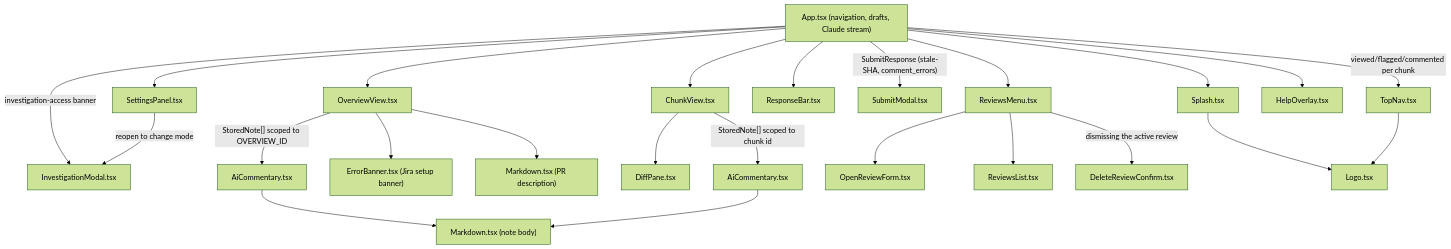
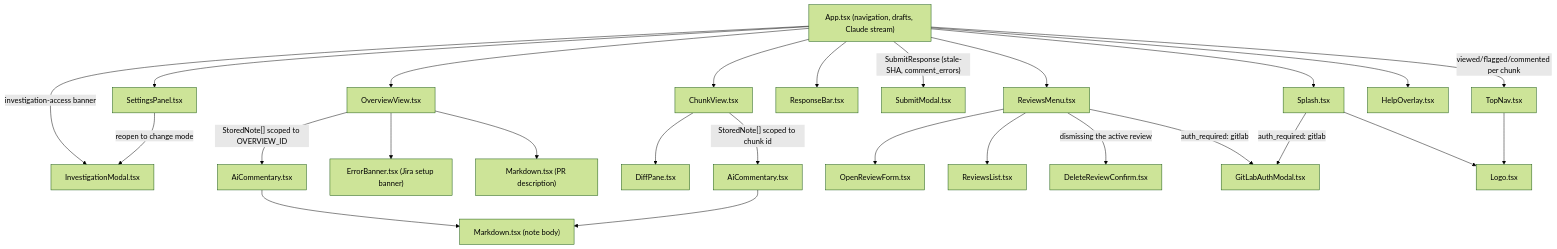
Before and after one commit to moui72/assisted-review: the third of 3 diagrams in README.md, drawn with Mermaid (forest theme). The commit also changed other lines of this file and 9 other files, not shown here.

````diff
--- a/README.md
+++ b/README.md
@@ -418,34 +422,36 @@
 ```mermaid
 graph TD
     App["App.tsx (navigation, drafts, Claude stream)"]
 
     App --> Splash["Splash.tsx"]
     App --> OverviewView["OverviewView.tsx"]
     App --> ChunkView["ChunkView.tsx"]
     App -->|"viewed/flagged/commented per chunk"| TopNav["TopNav.tsx"]
     App --> ResponseBar["ResponseBar.tsx"]
     App -->|"SubmitResponse (stale-SHA, comment_errors)"| SubmitModal["SubmitModal.tsx"]
     App --> ReviewsMenu["ReviewsMenu.tsx"]
     App --> SettingsPanel["SettingsPanel.tsx"]
     App --> HelpOverlay["HelpOverlay.tsx"]
     App -->|"investigation-access banner"| InvestigationModal["InvestigationModal.tsx"]
 
     OverviewView -->|"StoredNote[] scoped to OVERVIEW_ID"| AiCommentary1["AiCommentary.tsx"]
     OverviewView --> ErrorBanner["ErrorBanner.tsx (Jira setup banner)"]
     OverviewView --> Markdown1["Markdown.tsx (PR description)"]
 
     ChunkView --> DiffPane["DiffPane.tsx"]
     ChunkView -->|"StoredNote[] scoped to chunk id"| AiCommentary2["AiCommentary.tsx"]
 
     AiCommentary1 --> Markdown2["Markdown.tsx (note body)"]
     AiCommentary2 --> Markdown2
 
     ReviewsMenu --> OpenReviewForm["OpenReviewForm.tsx"]
     ReviewsMenu --> ReviewsList["ReviewsList.tsx"]
     ReviewsMenu -->|"dismissing the active review"| DeleteReviewConfirm["DeleteReviewConfirm.tsx"]
+    ReviewsMenu -->|"auth_required: gitlab"| GitLabAuthModal["GitLabAuthModal.tsx"]
 
     SettingsPanel -->|"reopen to change mode"| InvestigationModal
 
+    Splash -->|"auth_required: gitlab"| GitLabAuthModal
     Splash --> Logo["Logo.tsx"]
     TopNav --> Logo
 ```
````
